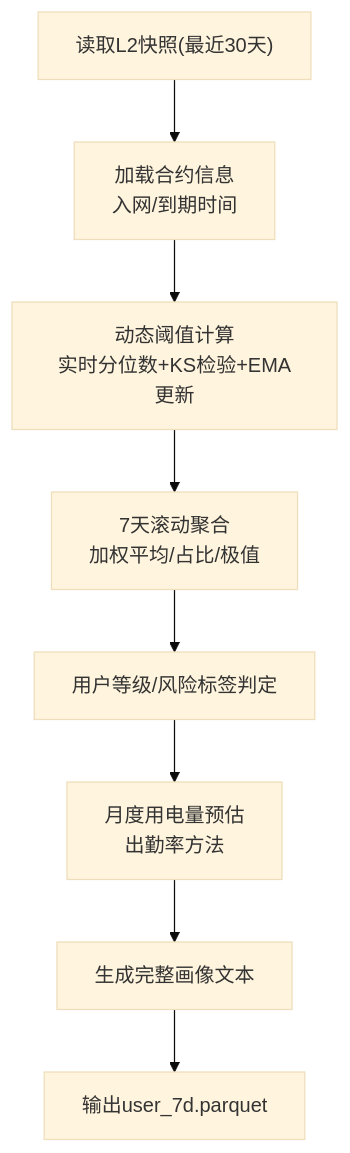
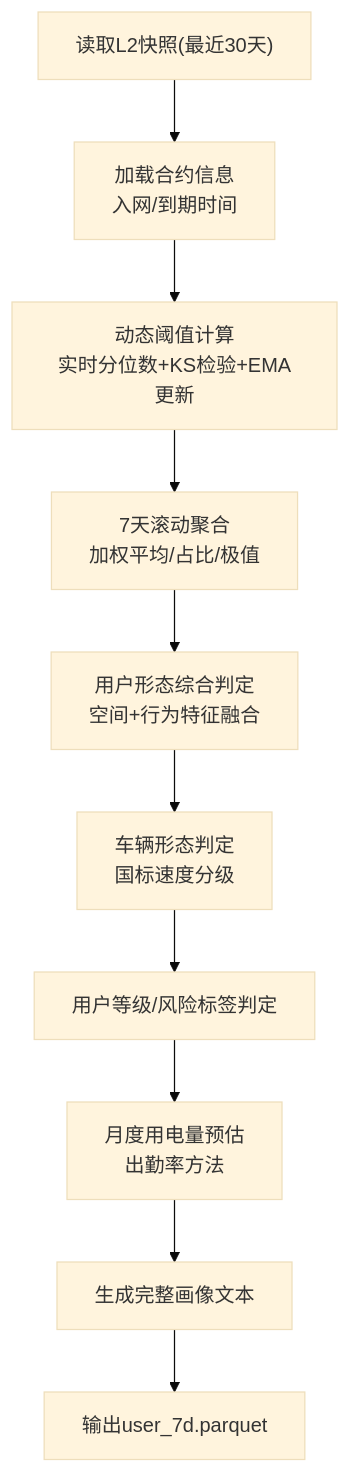
One commit to cr71111/User_characteristics_repo changed the fifth of 6 diagrams in .qoder/repowiki/zh/content/数据模型和格式.md. Above: the diagram before and after it, drawn with Mermaid (base theme). The commit also changed other lines of this file and 158 other files, not shown here.

````diff
--- a/.qoder/repowiki/zh/content/数据模型和格式.md
+++ b/.qoder/repowiki/zh/content/数据模型和格式.md
@@ -188,10 +200,12 @@
 ```mermaid
 flowchart TD
 S1["读取L2快照(最近30天)"] --> S2["加载合约信息<br/>入网/到期时间"]
 S2 --> S3["动态阈值计算<br/>实时分位数+KS检验+EMA更新"]
 S3 --> S4["7天滚动聚合<br/>加权平均/占比/极值"]
-S4 --> S5["用户等级/风险标签判定"]
-S5 --> S6["月度用电量预估<br/>出勤率方法"]
-S6 --> S7["生成完整画像文本"]
-S7 --> S8["输出user_7d.parquet"]
+S4 --> S5["用户形态综合判定<br/>空间+行为特征融合"]
+S5 --> S6["车辆形态判定<br/>国标速度分级"]
+S6 --> S7["用户等级/风险标签判定"]
+S7 --> S8["月度用电量预估<br/>出勤率方法"]
+S8 --> S9["生成完整画像文本"]
+S9 --> S10["输出user_7d.parquet"]
 ```
````
